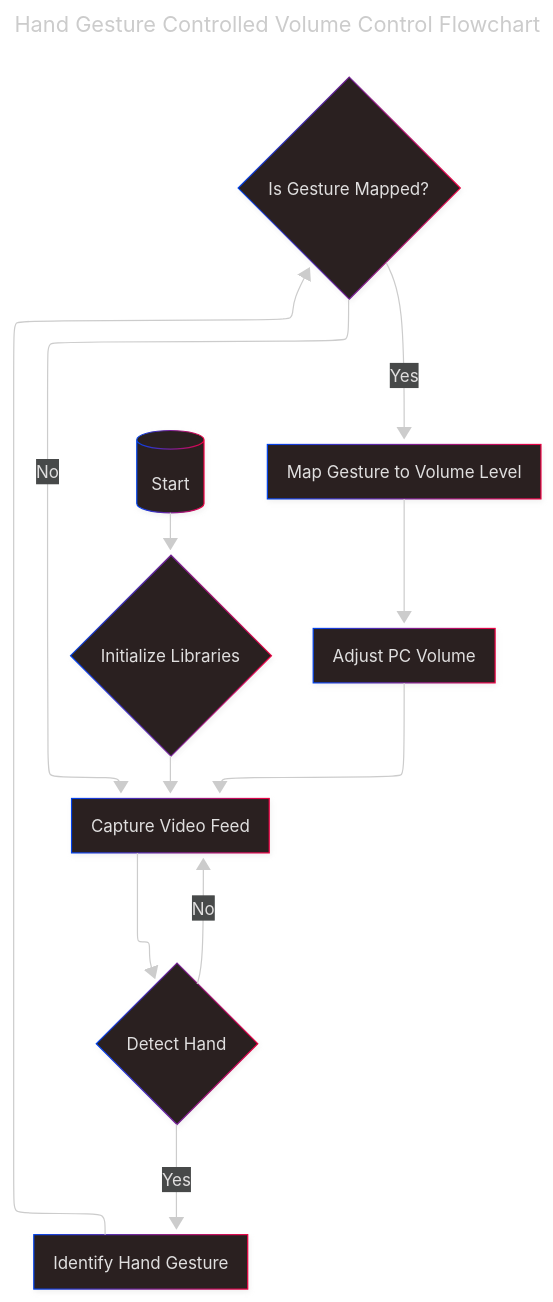
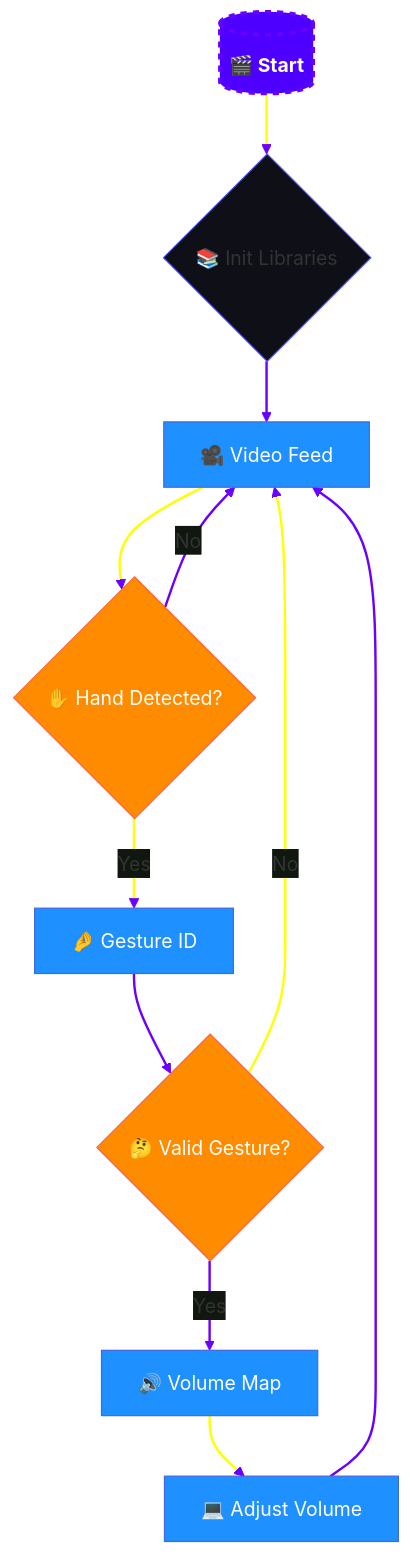
One commit to shlok165/Hand-Volume-Control changed the diagram in README.md. Above: the diagram before and after it, drawn with Mermaid. The commit also changed other lines of this file, not shown here.

````diff
--- a/README.md
+++ b/README.md
@@ -16,21 +49,34 @@
 ```mermaid
----
-config:
-  theme: neo-dark
-  layout: elk
-  look: neo
-title: Hand Gesture Controlled Volume Control Flowchart
----
+%%{init: {
+  'theme': 'base',
+  'themeVariables': {
+    'primaryColor': '#0f0f17',
+    'primaryBorderColor': '#4d4dff',
+    'lineColor': '#6a00ff',
+    'tertiaryColor': '#1a1a2e',
+    'fontFamily': 'Arial, sans-serif'
+  },
+  'flowchart': {
+    'nodeSpacing': 30,
+    'rankSpacing': 50
+  }
+}}%%
 flowchart TD
-    A[("Start")] --> B{"Initialize Libraries"}
-    B --> C["Capture Video Feed"]
-    C --> D{"Detect Hand"}
+    classDef startEnd fill:#4d00ff:#8a2be2,stroke:#6a00ff,stroke-width:3,color:white,font-weight:bold,stroke-dasharray:5 5
+    classDef process fill:#1e90ff:#00bfff,stroke:#4169e1,color:white
+    classDef decision fill:#ff8c00:#ff4500,stroke:#ff6347,color:white
+    
+    A[("🎬 Start")]:::startEnd --> B{"📚 Init Libraries"}
+    B --> C["🎥 Video Feed"]:::process
+    C --> D{"✋ Hand Detected?"}:::decision
     D -- No --> C
-    D -- Yes --> E["Identify Hand Gesture"]
-    E --> F{"Is Gesture Mapped?"}
+    D -- Yes --> E["🤌 Gesture ID"]:::process
+    E --> F{"🤔 Valid Gesture?"}:::decision
     F -- No --> C
-    F -- Yes --> G["Map Gesture to Volume Level"]
-    G --> H["Adjust PC Volume"]
+    F -- Yes --> G["🔊 Volume Map"]:::process
+    G --> H["💻 Adjust Volume"]:::process
     H --> C
 
+    linkStyle default stroke:#6a00ff,stroke-width:2px
+    linkStyle 0,2,4,6,8 stroke:yellow,stroke-width:2px
 ```
````
